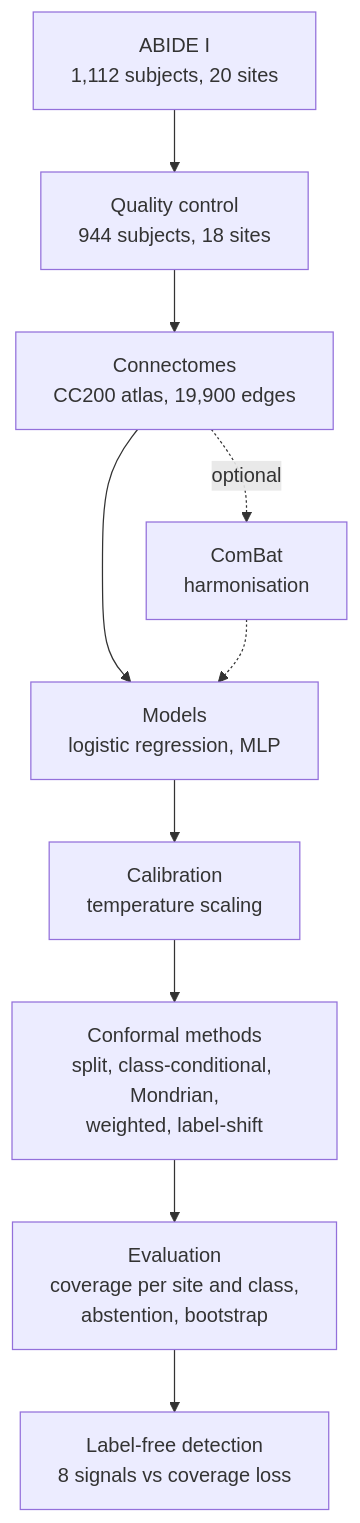
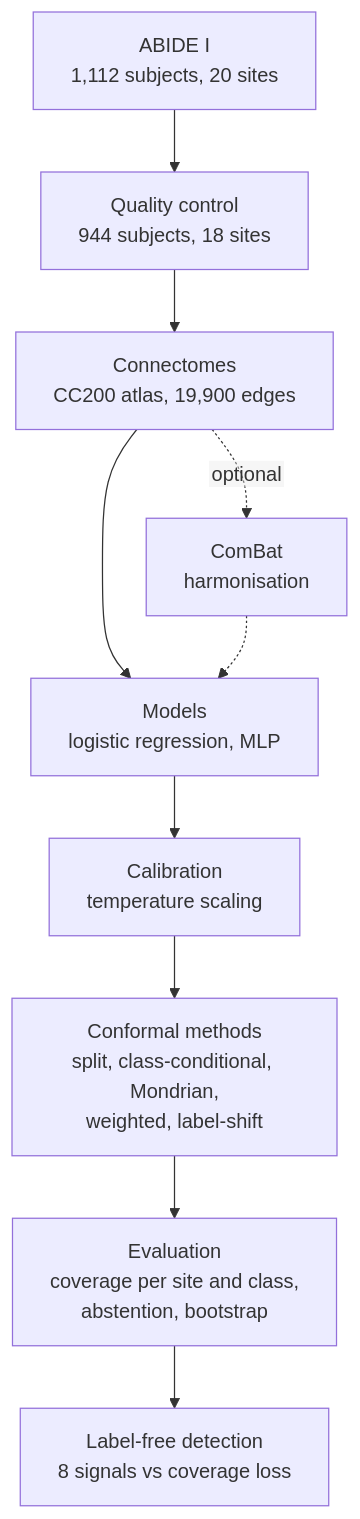
One commit to amarilokmane1-code/shiftguard changed the diagram in README.md. Above: the diagram before and after it, drawn with Mermaid.

Commit message:
README: SVG text labels in the diagram (HTML labels were clipped on GitHub)

````diff
--- a/README.md
+++ b/README.md
@@ -67,12 +67,13 @@
 ```mermaid
+%%{init: {"flowchart": {"htmlLabels": false}}}%%
 flowchart TD
     A["ABIDE I<br/>1,112 subjects, 20 sites"] --> B["Quality control<br/>944 subjects, 18 sites"]
     B --> C["Connectomes<br/>CC200 atlas, 19,900 edges"]
     C --> D["Models<br/>logistic regression, MLP"]
     C -. optional .-> H["ComBat<br/>harmonisation"]
     H -.-> D
     D --> E["Calibration<br/>temperature scaling"]
     E --> F["Conformal methods<br/>split, class-conditional, Mondrian,<br/>weighted, label-shift"]
     F --> G["Evaluation<br/>coverage per site and class,<br/>abstention, bootstrap"]
     G --> I["Label-free detection<br/>8 signals vs coverage loss"]
 ```
````
